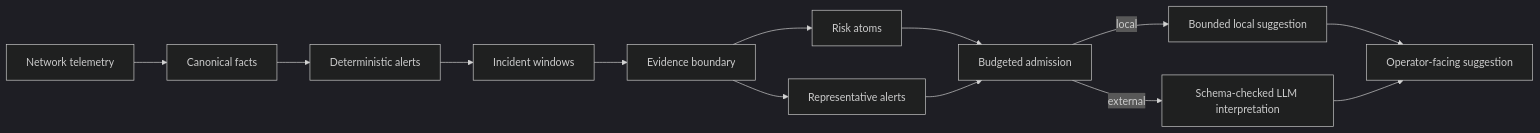
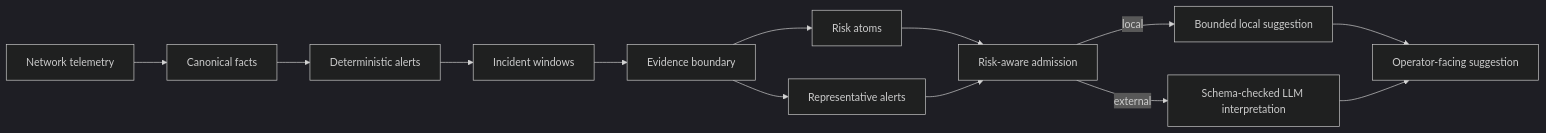
One commit to Epochex/AiCS-NetopsDelimitation changed the diagram in README.md. Above: the diagram before and after it, drawn with Mermaid (dark theme). The commit also changed other lines of this file and 1 other file, not shown here.

````diff
--- a/README.md
+++ b/README.md
@@ -37,15 +39,15 @@
 ```mermaid
 flowchart LR
   A["Network telemetry"] --> B["Canonical facts"]
   B --> C["Deterministic alerts"]
   C --> D["Incident windows"]
   D --> E["Evidence boundary"]
   E --> F["Risk atoms"]
   E --> G["Representative alerts"]
-  F --> H["Budgeted admission"]
+  F --> H["Risk-aware admission"]
   G --> H
   H -->|"local"| I["Bounded local suggestion"]
   H -->|"external"| J["Schema-checked LLM interpretation"]
   I --> K["Operator-facing suggestion"]
   J --> K
 ```
````
